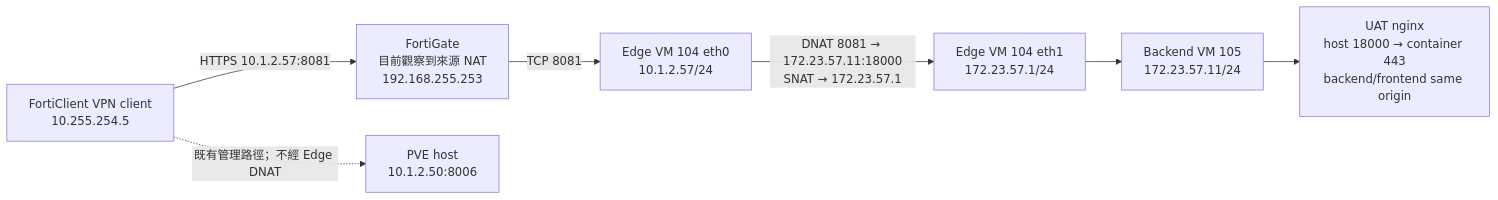
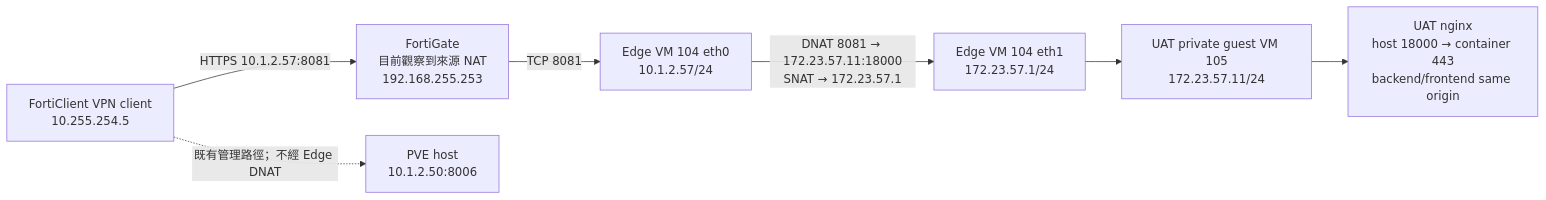
One commit to Anuise/pve-mutil-ip-settings changed the diagram in docs/tutorials/single-ip-multi-site-network-setup.md. Above: the diagram before and after it, drawn with Mermaid. The commit also changed other lines of this file and 14 other files, not shown here.

````diff
--- a/docs/tutorials/single-ip-multi-site-network-setup.md
+++ b/docs/tutorials/single-ip-multi-site-network-setup.md
@@ -17,17 +17,17 @@
 ```mermaid
 flowchart LR
     C["FortiClient VPN client<br/>10.255.254.5"]
     F["FortiGate<br/>目前觀察到來源 NAT<br/>192.168.255.253"]
     E0["Edge VM 104 eth0<br/>10.1.2.57/24"]
     E1["Edge VM 104 eth1<br/>172.23.57.1/24"]
-    B["Backend VM 105<br/>172.23.57.11/24"]
+    B["UAT private guest VM 105<br/>172.23.57.11/24"]
     A["UAT nginx<br/>host 18000 → container 443<br/>backend/frontend same origin"]
     P["PVE host<br/>10.1.2.50:8006"]
 
     C -->|"HTTPS 10.1.2.57:8081"| F
     F -->|"TCP 8081"| E0
     E0 -->|"DNAT 8081 → 172.23.57.11:18000<br/>SNAT → 172.23.57.1"| E1
     E1 --> B
     B --> A
     C -. "既有管理路徑；不經 Edge DNAT" .-> P
 ```
````
